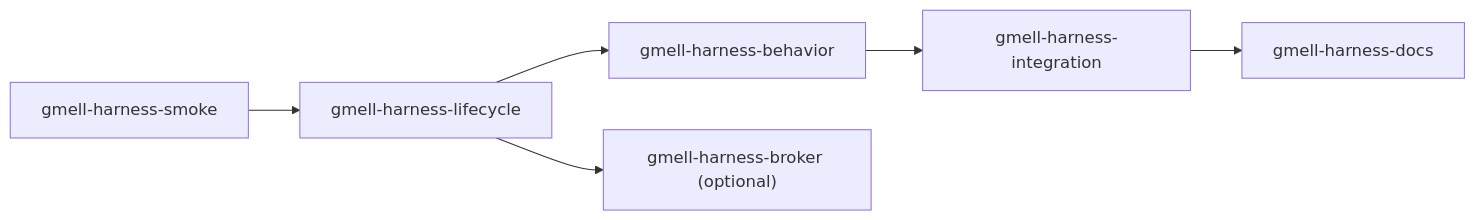
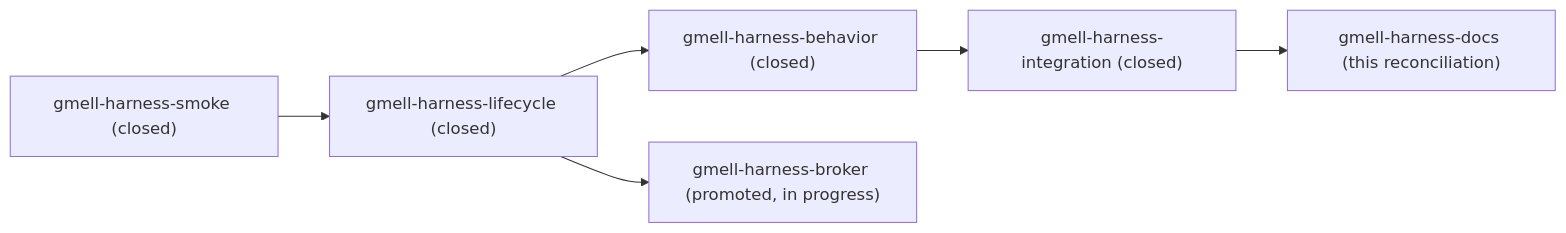
The diagram in doc/harness/prompt.md (rektide/gmellon), drawn with Mermaid before and after one commit. The commit also changed other lines of this file, not shown here.

First line of the commit message:
Record core-chain completion status in the harness prompt

````diff
--- a/doc/harness/prompt.md
+++ b/doc/harness/prompt.md
@@ -169,8 +196,8 @@
 ```mermaid
 flowchart LR
-    smoke["gmell-harness-smoke"] --> lifecycle["gmell-harness-lifecycle"]
-    lifecycle --> behavior["gmell-harness-behavior"]
-    behavior --> integration["gmell-harness-integration"]
-    integration --> docs["gmell-harness-docs"]
-    lifecycle --> broker["gmell-harness-broker (optional)"]
+    smoke["gmell-harness-smoke (closed)"] --> lifecycle["gmell-harness-lifecycle (closed)"]
+    lifecycle --> behavior["gmell-harness-behavior (closed)"]
+    behavior --> integration["gmell-harness-integration (closed)"]
+    integration --> docs["gmell-harness-docs (this reconciliation)"]
+    lifecycle --> broker["gmell-harness-broker (promoted, in progress)"]
 ```
````
